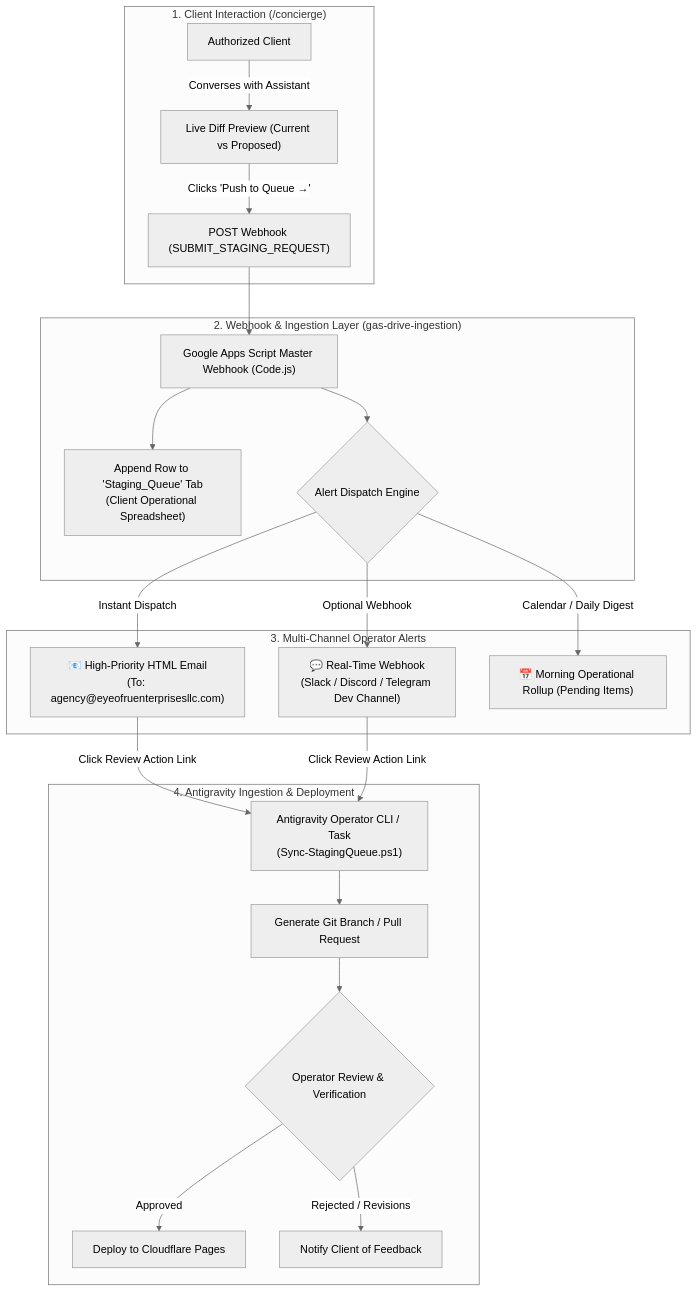
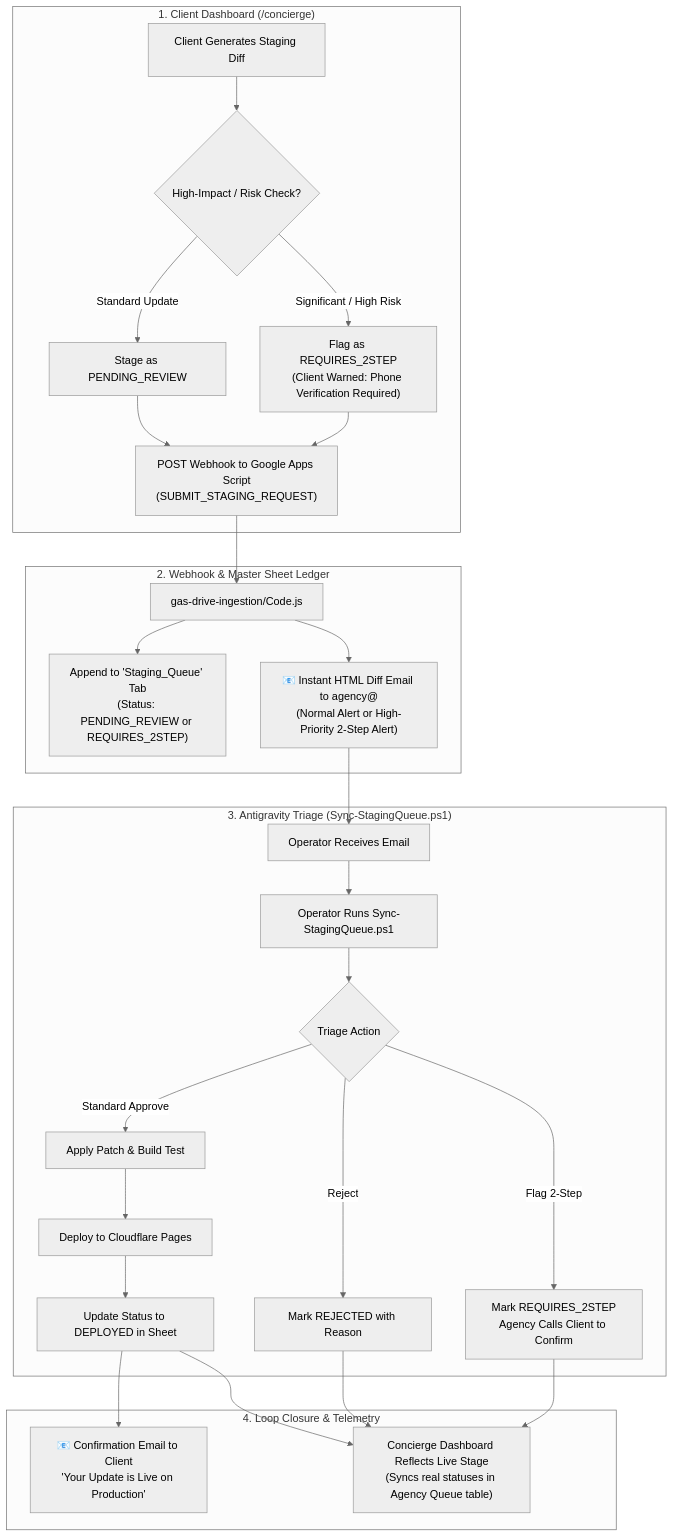
The diagram in docs/concierge_update_queue_notifications_plan.md (eyeofru1/eyeofru), drawn with Mermaid (neutral theme) before and after one commit. The commit also changed other lines of this file and 4 other files, not shown here.

Commit message:
feat: implement ai concierge photo uploads, dynamic queue syncing, and expedited sla notification pipeline

````diff
--- a/docs/concierge_update_queue_notifications_plan.md
+++ b/docs/concierge_update_queue_notifications_plan.md
@@ -15,27 +21,31 @@
 ```mermaid
 flowchart TD
-    subgraph ClientLayer["1. Client Interaction (/concierge)"]
-        CLIENT["Authorized Client"] -->|Converses with Assistant| DIFF["Live Diff Preview (Current vs Proposed)"]
-        DIFF -->|"Clicks 'Push to Queue →'"| DISPATCH["POST Webhook (SUBMIT_STAGING_REQUEST)"]
+    subgraph Client["1. Client Dashboard (/concierge)"]
+        PROPOSAL["Client Generates Staging Diff"] --> CHECK_RISK{"High-Impact / Risk Check?"}
+        CHECK_RISK -->|Standard Update| STAGE_NORMAL["Stage as PENDING_REVIEW"]
+        CHECK_RISK -->|Significant / High Risk| STAGE_2STEP["Flag as REQUIRES_2STEP<br/>(Client Warned: Phone Verification Required)"]
+        STAGE_NORMAL & STAGE_2STEP --> POST_WEBHOOK["POST Webhook to Google Apps Script<br/>(SUBMIT_STAGING_REQUEST)"]
     end
 
-    subgraph IngestionLayer["2. Webhook & Ingestion Layer (gas-drive-ingestion)"]
-        DISPATCH --> GAS["Google Apps Script Master Webhook (Code.js)"]
-        GAS --> SHEET["Append Row to 'Staging_Queue' Tab<br/>(Client Operational Spreadsheet)"]
-        GAS --> ALERT_ENGINE{"Alert Dispatch Engine"}
+    subgraph Backend["2. Webhook & Master Sheet Ledger"]
+        POST_WEBHOOK --> GAS["gas-drive-ingestion/Code.js"]
+        GAS --> SHEET["Append to 'Staging_Queue' Tab<br/>(Status: PENDING_REVIEW or REQUIRES_2STEP)"]
+        GAS --> EMAIL_DISPATCH["📧 Instant HTML Diff Email to agency@<br/>(Normal Alert or High-Priority 2-Step Alert)"]
     end
 
-    subgraph NotificationLayer["3. Multi-Channel Operator Alerts"]
-        ALERT_ENGINE -->|Instant Dispatch| EMAIL["📧 High-Priority HTML Email<br/>(To: agency@eyeofruenterprisesllc.com)"]
-        ALERT_ENGINE -->|Optional Webhook| CHAT["💬 Real-Time Webhook<br/>(Slack / Discord / Telegram Dev Channel)"]
-        ALERT_ENGINE -->|Calendar / Daily Digest| DIGEST["📅 Morning Operational Rollup (Pending Items)"]
+    subgraph Operator["3. Antigravity Triage (Sync-StagingQueue.ps1)"]
+        EMAIL_DISPATCH --> NOTIFY["Operator Receives Email"]
+        NOTIFY --> CLI["Operator Runs Sync-StagingQueue.ps1"]
+        CLI --> REVIEW{"Triage Action"}
+        REVIEW -->|Standard Approve| APPLY["Apply Patch & Build Test"]
+        REVIEW -->|Flag 2-Step| CALL_CLIENT["Mark REQUIRES_2STEP<br/>Agency Calls Client to Confirm"]
+        REVIEW -->|Reject| DECLINE["Mark REJECTED with Reason"]
+        APPLY --> DEPLOY["Deploy to Cloudflare Pages"]
+        DEPLOY --> MARK_DEPLOYED["Update Status to DEPLOYED in Sheet"]
     end
 
-    subgraph ApprovalLayer["4. Antigravity Ingestion & Deployment"]
-        EMAIL & CHAT -->|Click Review Action Link| AGY_INTAKE["Antigravity Operator CLI / Task<br/>(Sync-StagingQueue.ps1)"]
-        AGY_INTAKE --> GIT_PATCH["Generate Git Branch / Pull Request"]
-        GIT_PATCH --> OPERATOR_APPROVAL{"Operator Review & Verification"}
-        OPERATOR_APPROVAL -->|Approved| CF_DEPLOY["Deploy to Cloudflare Pages"]
-        OPERATOR_APPROVAL -->|Rejected / Revisions| CLIENT_FEEDBACK["Notify Client of Feedback"]
+    subgraph Feedback["4. Loop Closure & Telemetry"]
+        MARK_DEPLOYED --> CLIENT_EMAIL["📧 Confirmation Email to Client<br/>'Your Update is Live on Production'"]
+        MARK_DEPLOYED & DECLINE & CALL_CLIENT --> LIVE_CONCIERGE["Concierge Dashboard Reflects Live Stage<br/>(Syncs real statuses in Agency Queue table)"]
     end
 ```
````
